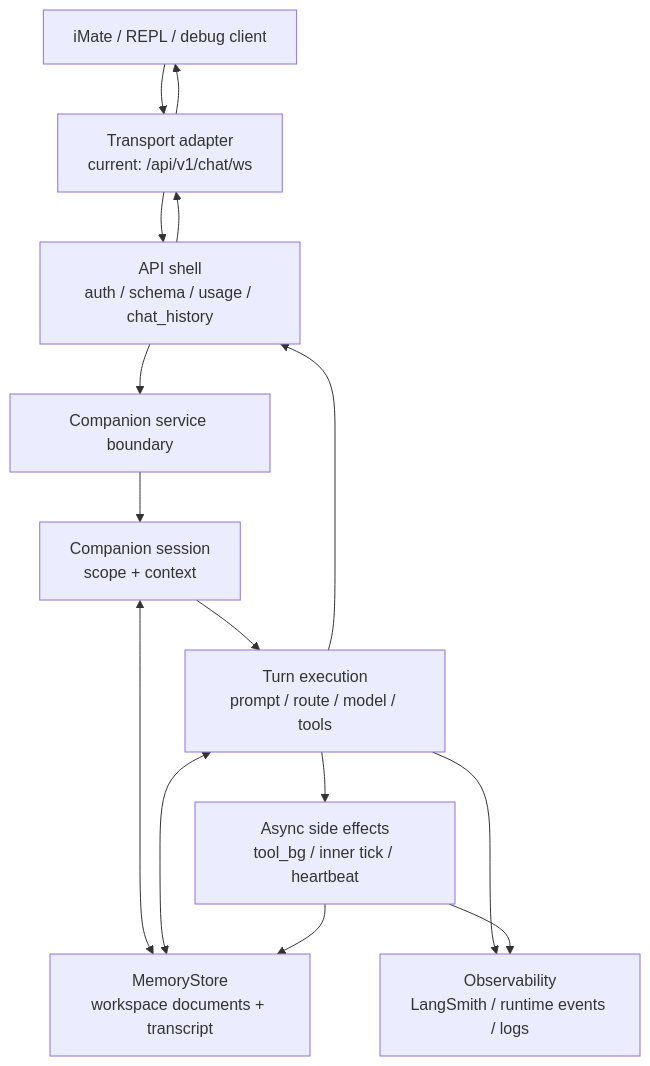
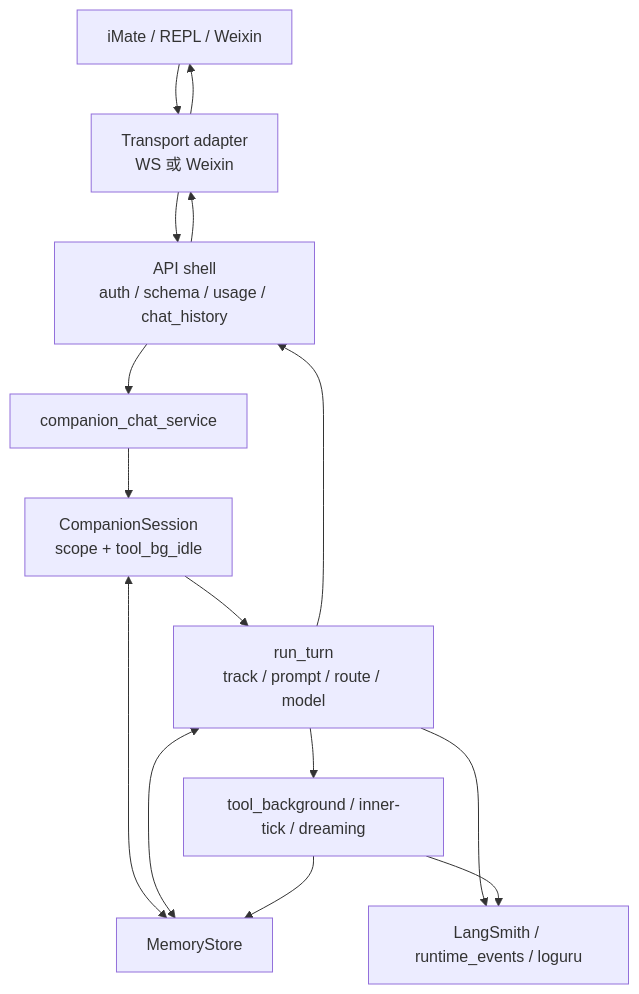
One commit to NascentCore/inty changed the third of 3 diagrams in docs/companion_harness/ARCH.md. Above: the diagram before and after it, drawn with Mermaid. The commit also changed other lines of this file, not shown here.

First line of the commit message:
docs(companion_harness): align ARCH.md with current implementation

````diff
--- a/docs/companion_harness/ARCH.md
+++ b/docs/companion_harness/ARCH.md
@@ -84,20 +139,20 @@
 ```mermaid
 flowchart TD
-  Client["iMate / REPL / debug client"]
-  Transport["Transport adapter\ncurrent: /api/v1/chat/ws"]
+  Client["iMate / REPL / Weixin"]
+  Transport["Transport adapter\nWS 或 Weixin"]
   ApiShell["API shell\nauth / schema / usage / chat_history"]
-  KernelEntry["Companion service boundary"]
-  Session["Companion session\nscope + context"]
-  Turn["Turn execution\nprompt / route / model / tools"]
-  Memory["MemoryStore\nworkspace documents + transcript"]
-  Async["Async side effects\ntool_bg / inner tick / heartbeat"]
-  Observability["Observability\nLangSmith / runtime events / logs"]
+  KernelEntry["companion_chat_service"]
+  Session["CompanionSession\nscope + tool_bg_idle"]
+  Turn["run_turn\ntrack / prompt / route / model"]
+  Memory["MemoryStore"]
+  Async["tool_background / inner-tick / dreaming"]
+  Observability["LangSmith / runtime_events / loguru"]
 
   Client --> Transport --> ApiShell --> KernelEntry --> Session --> Turn
   Session <--> Memory
   Turn <--> Memory
   Turn --> Async --> Memory
   Turn --> ApiShell --> Transport --> Client
   Turn --> Observability
   Async --> Observability
 ```
````
